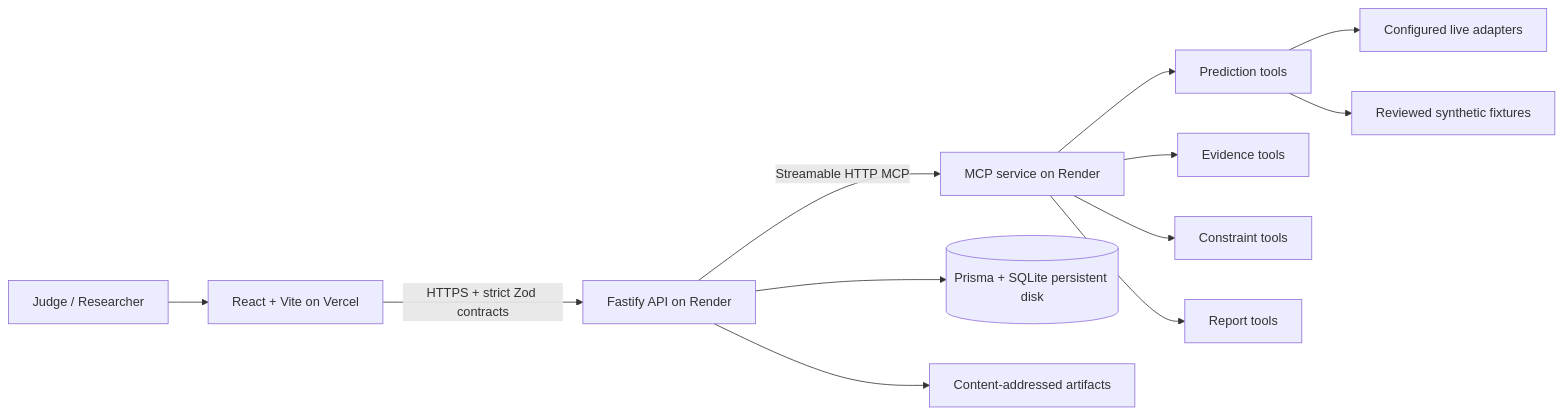
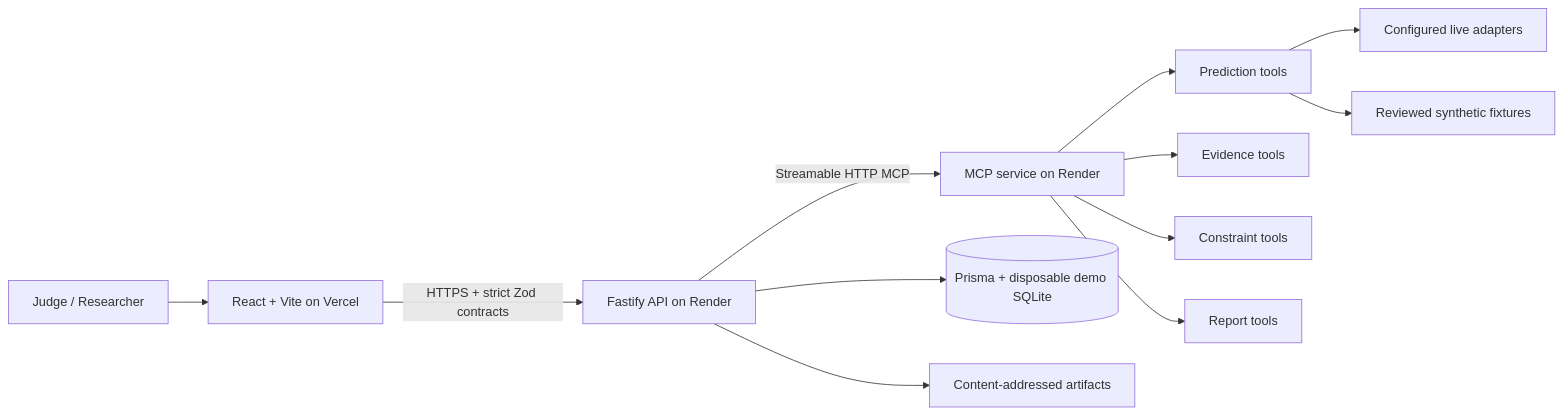
One commit to 9059Rohith/immuno-graph changed the diagram in README.md. Above: the diagram before and after it, drawn with Mermaid. The commit also changed other lines of this file and 5 other files, not shown here.

````diff
--- a/README.md
+++ b/README.md
@@ -58,14 +58,14 @@
 ```mermaid
 flowchart LR
     J[Judge / Researcher] --> W[React + Vite on Vercel]
     W -->|HTTPS + strict Zod contracts| A[Fastify API on Render]
     A -->|Streamable HTTP MCP| M[MCP service on Render]
-    A --> D[(Prisma + SQLite persistent disk)]
+    A --> D[(Prisma + disposable demo SQLite)]
     A --> R[Content-addressed artifacts]
     M --> P[Prediction tools]
     M --> E[Evidence tools]
     M --> C[Constraint tools]
     M --> G[Report tools]
     P --> L[Configured live adapters]
     P --> F[Reviewed synthetic fixtures]
 ```
````
